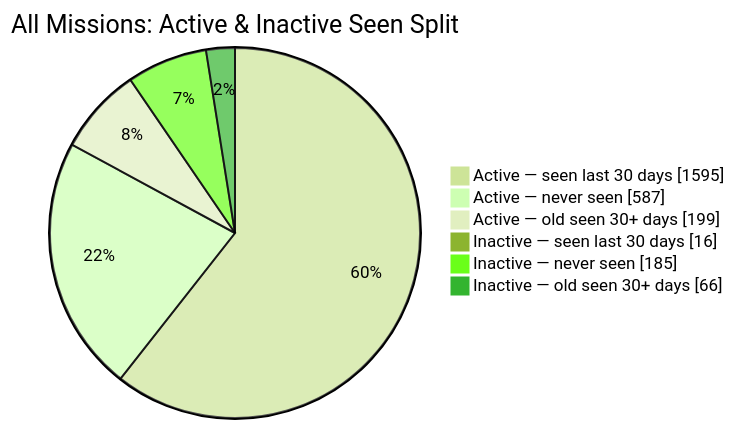
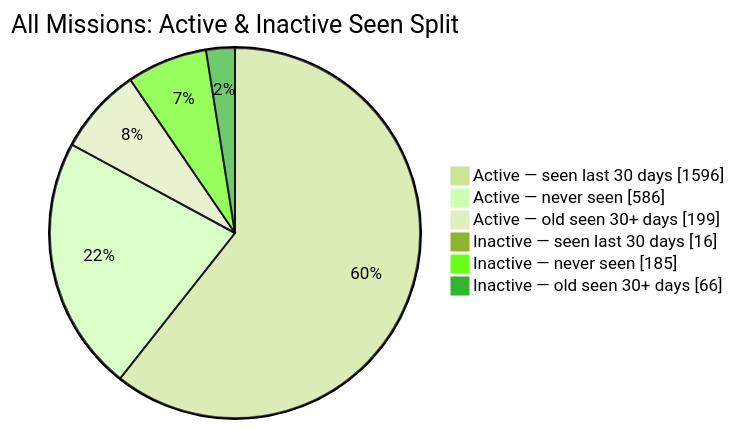
One commit to MeldkamerspelGameTeam/active-missions changed the second of 2 diagrams in README.md. Above: the diagram before and after it, drawn with Mermaid (forest theme). The commit also changed other lines of this file and 2 other files, not shown here.

````diff
--- a/README.md
+++ b/README.md
@@ -44,10 +44,10 @@
 ```mermaid
 pie showData
     title All Missions: Active & Inactive Seen Split
-    "Active — seen last 30 days" : 1595
-    "Active — never seen" : 587
+    "Active — seen last 30 days" : 1596
+    "Active — never seen" : 586
     "Active — old seen 30+ days" : 199
     "Inactive — seen last 30 days" : 16
     "Inactive — never seen" : 185
     "Inactive — old seen 30+ days" : 66
 ```
````
